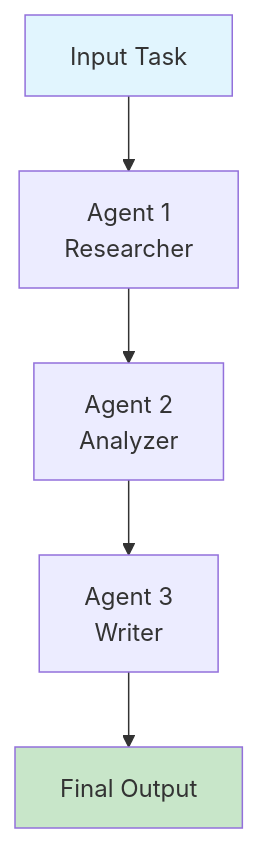
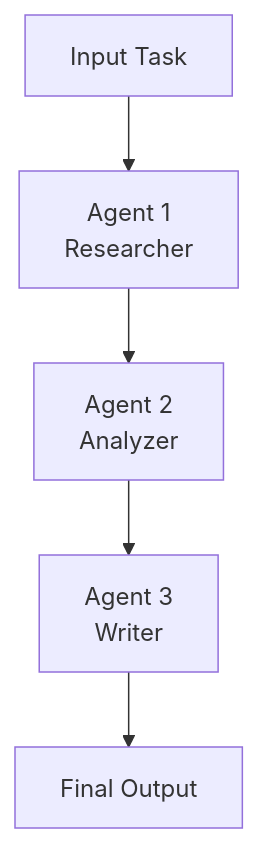
Before and after one commit to kyegomez/swarms: the first of 12 diagrams in docs/swarms/concept/how_to_choose_swarms.md, drawn with Mermaid. The commit also changed other lines of this file, not shown here.

````diff
--- a/docs/swarms/concept/how_to_choose_swarms.md
+++ b/docs/swarms/concept/how_to_choose_swarms.md
@@ -27,10 +27,8 @@
 ```mermaid
 graph TD
     A[Input Task] --> B[Agent 1<br/>Researcher]
     B --> C[Agent 2<br/>Analyzer]
     C --> D[Agent 3<br/>Writer]
     D --> E[Final Output]
 
-    style A fill:#e1f5fe
-    style E fill:#c8e6c9
 ```
````
